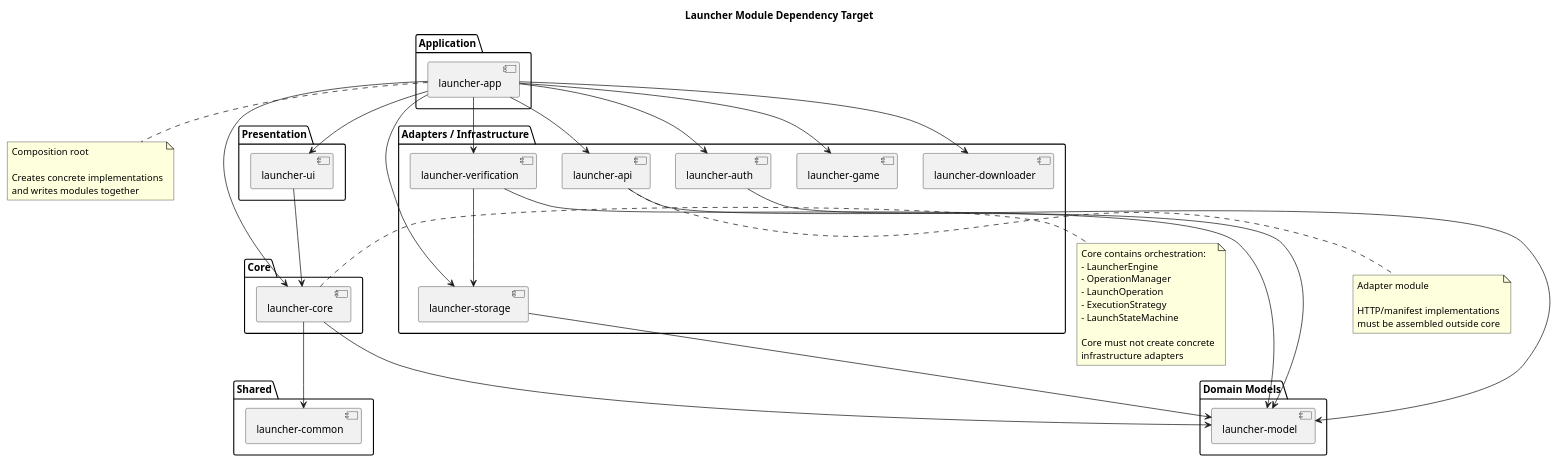
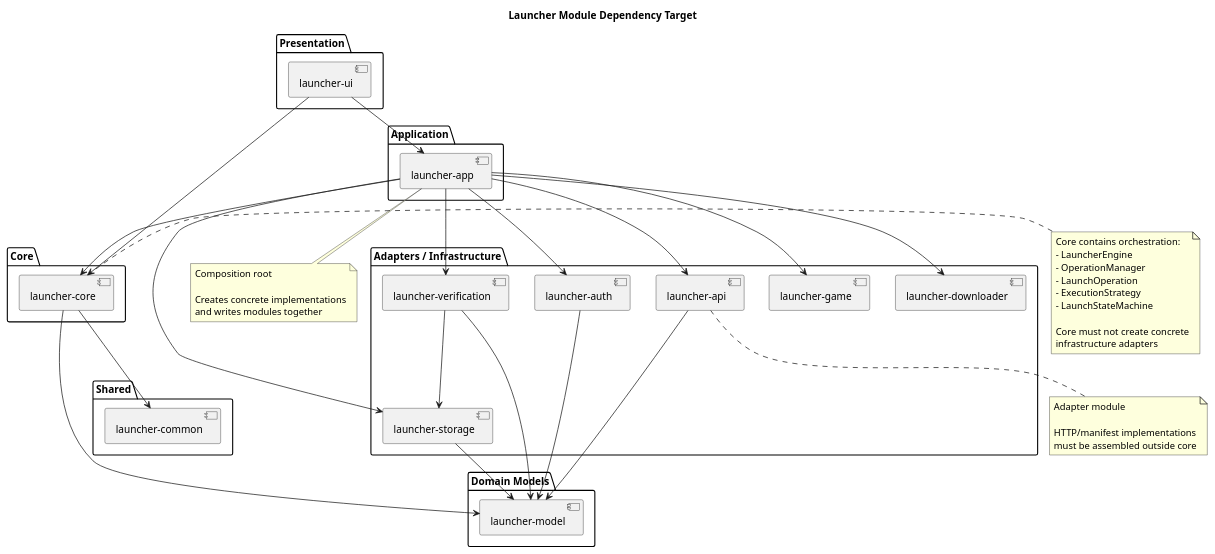
Before and after one commit to Hedgerock/Minecraft-launcher: the diagram in docs/diagrams/dependency/module-dependency.puml, drawn with PlantUML. The commit also changed 6 other files, not shown here.

```diff
--- a/docs/diagrams/dependency/module-dependency.puml
+++ b/docs/diagrams/dependency/module-dependency.puml
@@ -1,82 +1,82 @@
 @startuml
 
 title Launcher Module Dependency Target
 
 package "Application" {
     [launcher-app]
 }
 
 package "Presentation" {
     [launcher-ui]
 }
 
 package "Core" {
     [launcher-core]
 }
 
 package "Domain Models" {
     [launcher-model]
 }
 
 package "Shared" {
     [launcher-common]
 }
 
 package "Adapters / Infrastructure" {
     [launcher-api]
     [launcher-auth]
     [launcher-storage]
     [launcher-verification]
     [launcher-downloader]
     [launcher-game]
 }
 
-[launcher-app] --> [launcher-ui]
 [launcher-app] --> [launcher-core]
 [launcher-app] --> [launcher-api]
 [launcher-app] --> [launcher-auth]
 [launcher-app] --> [launcher-storage]
 [launcher-app] --> [launcher-verification]
 [launcher-app] --> [launcher-downloader]
 [launcher-app] --> [launcher-game]
 
+[launcher-ui] --> [launcher-app]
 [launcher-ui] --> [launcher-core]
 
 [launcher-core] --> [launcher-model]
 [launcher-core] --> [launcher-common]
 
 [launcher-api] --> [launcher-model]
 
 [launcher-auth] --> [launcher-model]
 
 [launcher-storage] --> [launcher-model]
 
 [launcher-verification] --> [launcher-model]
 [launcher-verification] --> [launcher-storage]
 
 note right of [launcher-core]
     Core contains orchestration:
     - LauncherEngine
     - OperationManager
     - LaunchOperation
     - ExecutionStrategy
     - LaunchStateMachine
 
     Core must not create concrete
     infrastructure adapters
 end note
 
 note bottom of [launcher-app]
 Composition root
 
 Creates concrete implementations
 and writes modules together
 end note
 
 note bottom of [launcher-api]
 Adapter module
 
 HTTP/manifest implementations
 must be assembled outside core
 end note
 @enduml
```
